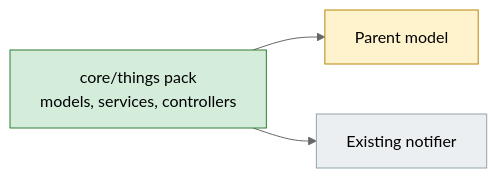
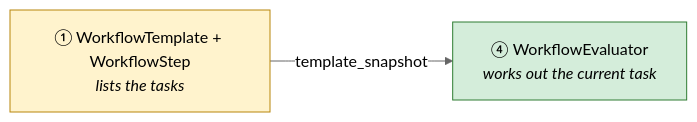
Before and after one commit to sampadadiwan/IRM_CompanyMain: the second of 3 diagrams in openspec/schemas/spec-driven/templates/design.md, drawn with Mermaid (neutral theme). The commit also changed other lines of this file and 191 other files, not shown here.

````diff
--- a/openspec/schemas/spec-driven/templates/design.md
+++ b/openspec/schemas/spec-driven/templates/design.md
@@ -143,8 +120,11 @@
 ```mermaid
 flowchart LR
     classDef new fill:#d4edda,stroke:#2e7d32,color:#000
     classDef mod fill:#fff3cd,stroke:#b8860b,color:#000
     classDef reuse fill:#eceff1,stroke:#90a4ae,color:#000
-    NewPack["core/things pack<br/>models, services, controllers"]:::new --> Existing["Parent model"]:::mod
-    NewPack --> Reused["Existing notifier"]:::reuse
+    T["① WorkflowTemplate + WorkflowStep<br/><i>lists the tasks</i>"]:::mod
+    E["④ WorkflowEvaluator<br/><i>works out the current task</i>"]:::new
+    T -- "template_snapshot" --> E
+    click T "#①-template" "Open card ①"
+    click E "#④-engine" "Open card ④"
 ```
````
